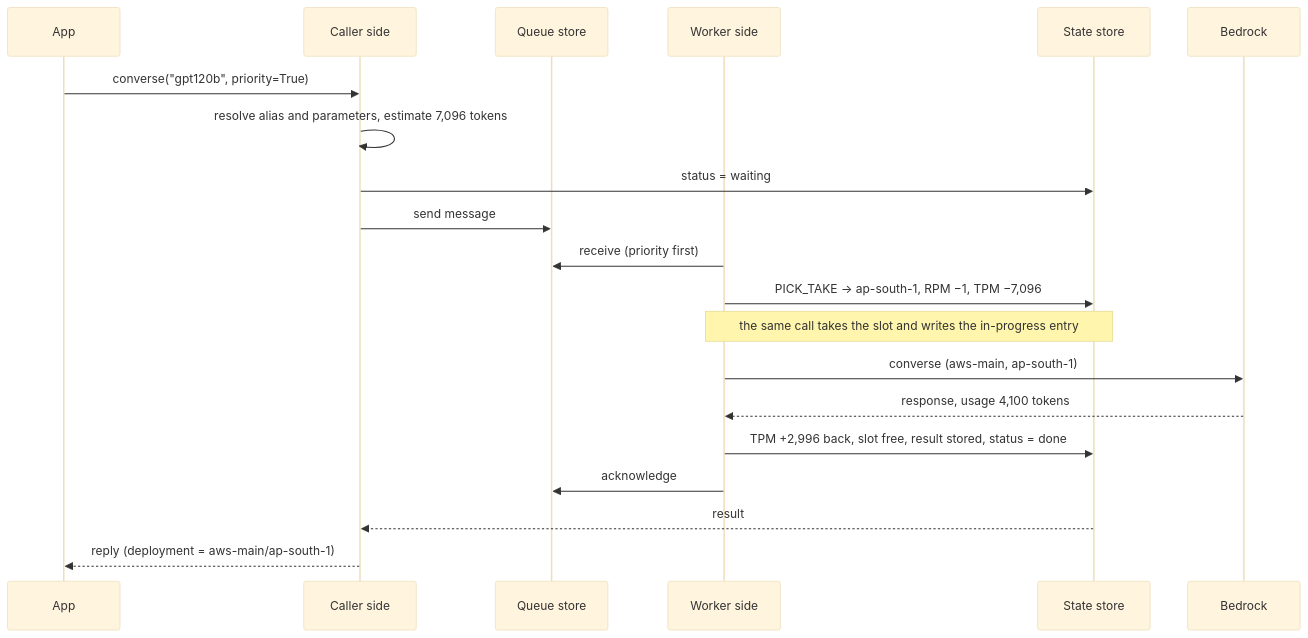
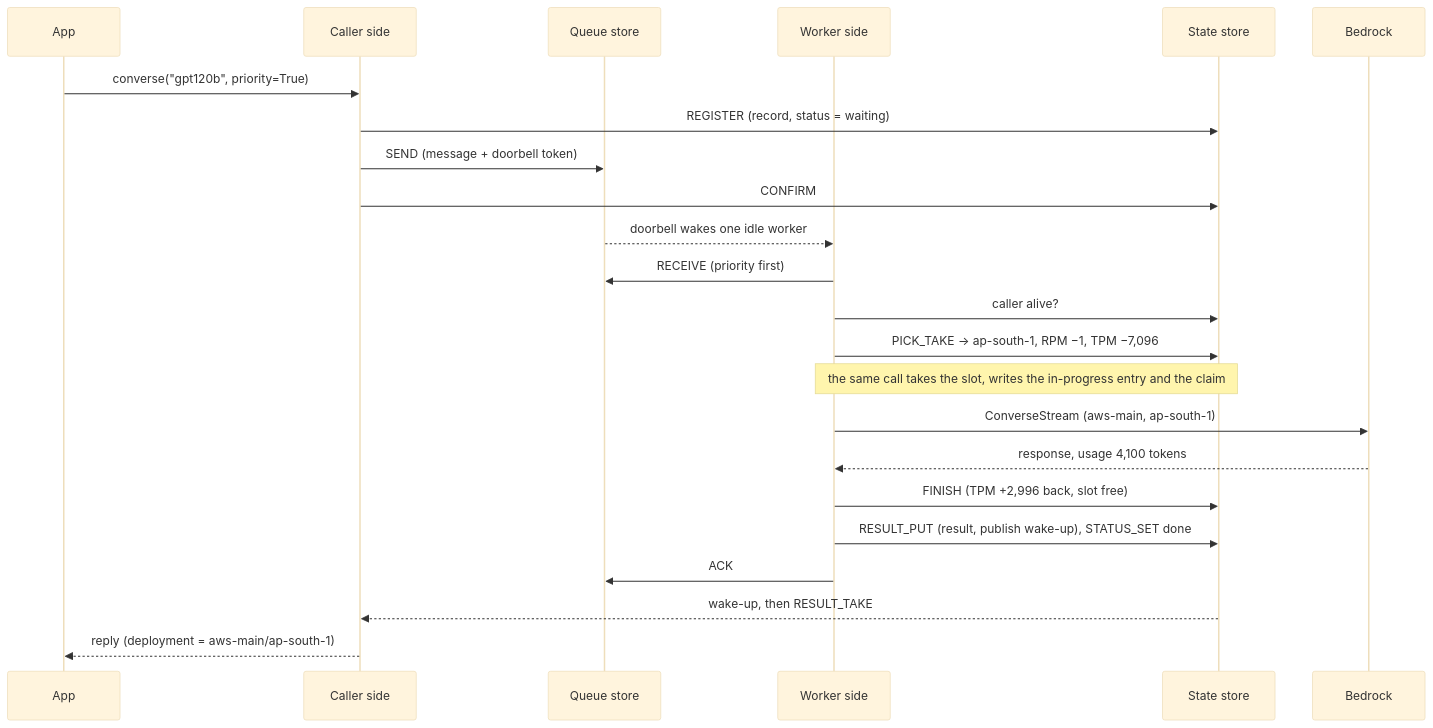
One commit to techiewonk/taskiq-llm-queue changed the second of 2 diagrams in docs/ACCOUNT_ROUTING_WALKTHROUGH.md. Above: the diagram before and after it, drawn with Mermaid (base theme). The commit also changed other lines of this file and 85 other files, not shown here.

````diff
--- a/docs/ACCOUNT_ROUTING_WALKTHROUGH.md
+++ b/docs/ACCOUNT_ROUTING_WALKTHROUGH.md
@@ -369,22 +475,25 @@
 ```mermaid
 sequenceDiagram
   participant App
   participant C as Caller side
   participant Q as Queue store
   participant W as Worker side
   participant S as State store
   participant B as Bedrock
   App->>C: converse("gpt120b", priority=True)
-  C->>C: resolve alias and parameters, estimate 7,096 tokens
-  C->>S: status = waiting
-  C->>Q: send message
-  W->>Q: receive (priority first)
+  C->>S: REGISTER (record, status = waiting)
+  C->>Q: SEND (message + doorbell token)
+  C->>S: CONFIRM
+  Q-->>W: doorbell wakes one idle worker
+  W->>Q: RECEIVE (priority first)
+  W->>S: caller alive?
   W->>S: PICK_TAKE → ap-south-1, RPM −1, TPM −7,096
-  Note over W,S: the same call takes the slot and writes the in-progress entry
-  W->>B: converse (aws-main, ap-south-1)
+  Note over W,S: the same call takes the slot, writes the in-progress entry and the claim
+  W->>B: ConverseStream (aws-main, ap-south-1)
   B-->>W: response, usage 4,100 tokens
-  W->>S: TPM +2,996 back, slot free, result stored, status = done
-  W->>Q: acknowledge
-  S-->>C: result
+  W->>S: FINISH (TPM +2,996 back, slot free)
+  W->>S: RESULT_PUT (result, publish wake-up), STATUS_SET done
+  W->>Q: ACK
+  S-->>C: wake-up, then RESULT_TAKE
   C-->>App: reply (deployment = aws-main/ap-south-1)
 ```
````
